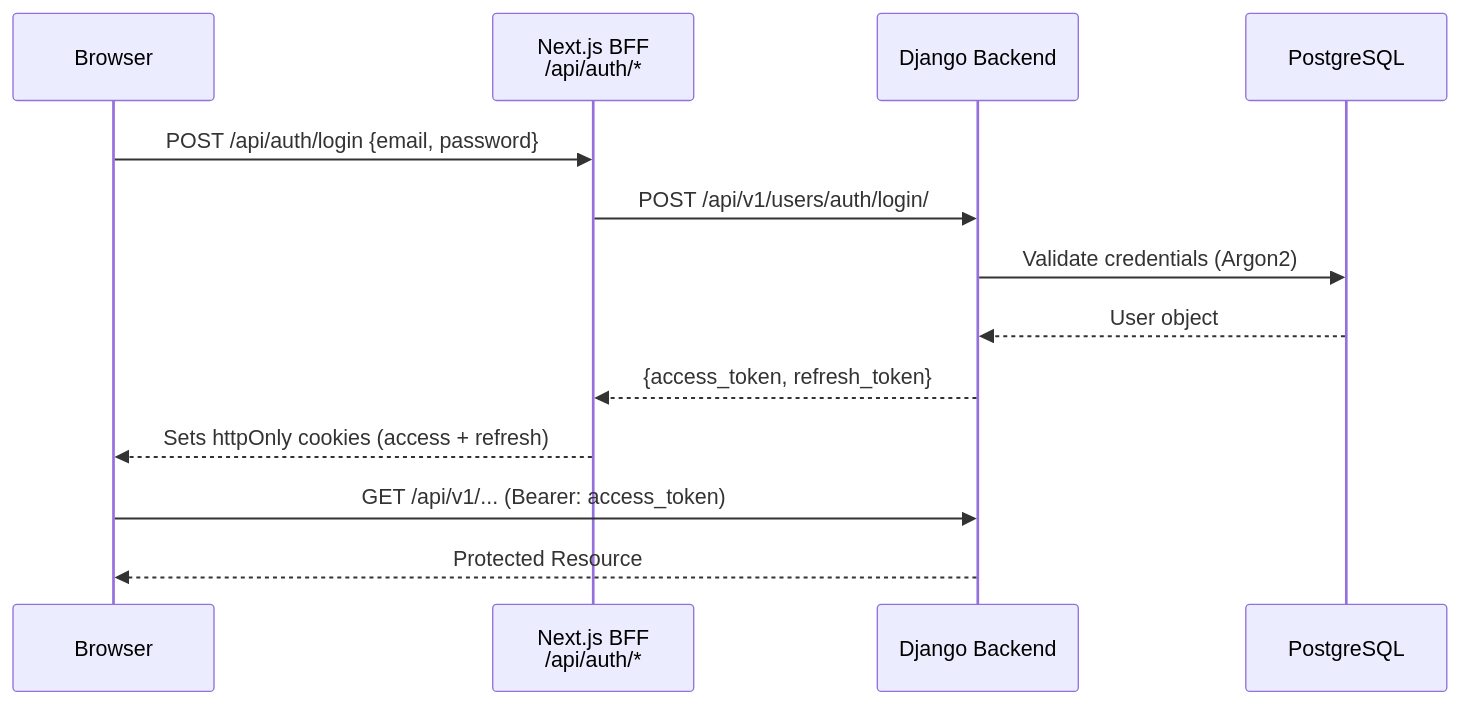
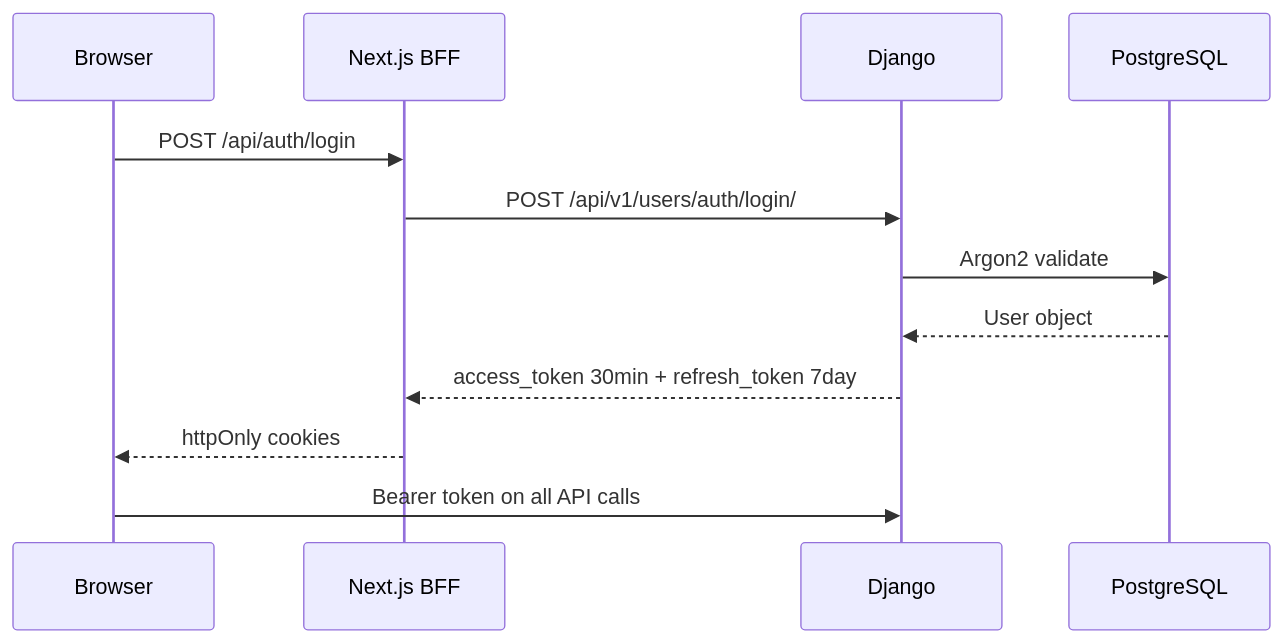
Diagram 19 of 26 in README.md (dozimikes/pitchmic), drawn with Mermaid before and after one commit. The commit also changed other lines of this file, not shown here.

Commit message:
docs: complete README overhaul — all missing endpoints, algorithms, services, and corrections

````diff
--- a/README.md
+++ b/README.md
@@ -586,16 +747,14 @@
 ```mermaid
 sequenceDiagram
     participant B as Browser
-    participant BFF as Next.js BFF<br/>/api/auth/*
-    participant DJ as Django Backend
+    participant BFF as Next.js BFF
+    participant DJ as Django
     participant PG as PostgreSQL
-
-    B->>BFF: POST /api/auth/login {email, password}
+    B->>BFF: POST /api/auth/login
     BFF->>DJ: POST /api/v1/users/auth/login/
-    DJ->>PG: Validate credentials (Argon2)
+    DJ->>PG: Argon2 validate
     PG-->>DJ: User object
-    DJ-->>BFF: {access_token, refresh_token}
-    BFF-->>B: Sets httpOnly cookies (access + refresh)
-    B->>DJ: GET /api/v1/... (Bearer: access_token)
-    DJ-->>B: Protected Resource
+    DJ-->>BFF: access_token 30min + refresh_token 7day
+    BFF-->>B: httpOnly cookies
+    B->>DJ: Bearer token on all API calls
 ```
````
